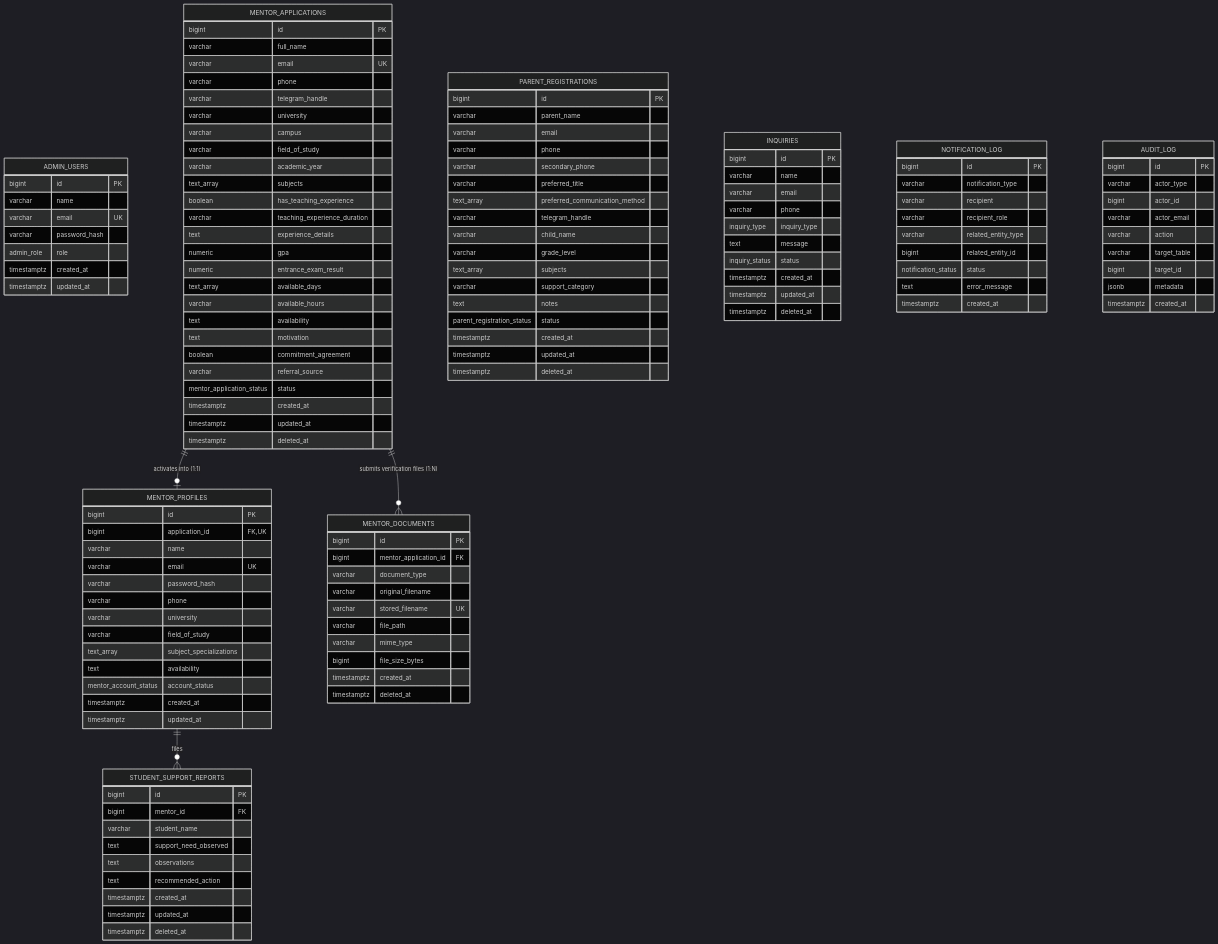
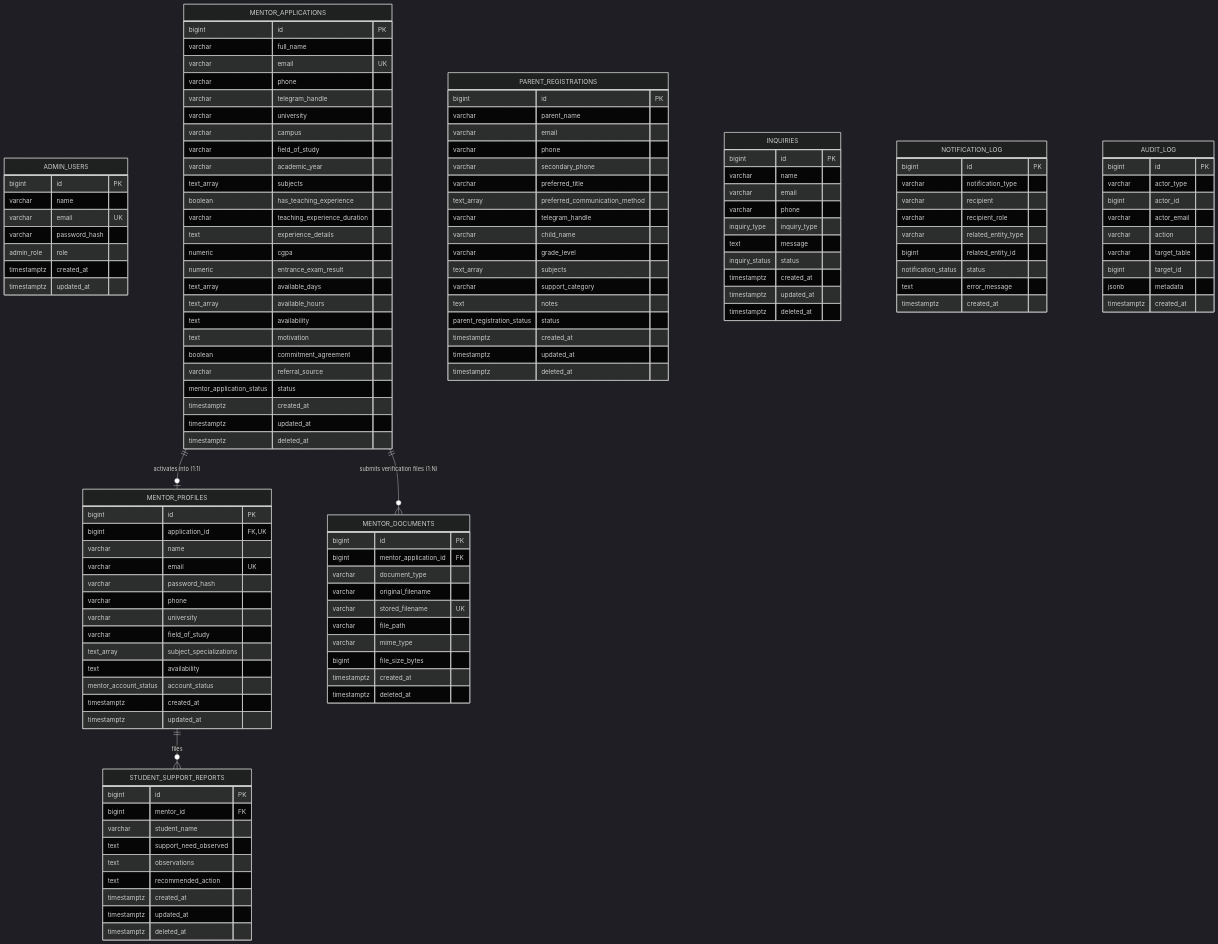
One commit to marakibelete15-a11y/bilunex changed the diagram in docs/database.md. Above: the diagram before and after it, drawn with Mermaid (dark theme). The commit also changed other lines of this file and 15 other files, not shown here.

```diff
--- a/docs/database.md
+++ b/docs/database.md
@@ -32,10 +32,10 @@
         boolean has_teaching_experience
         varchar teaching_experience_duration
         text experience_details
-        numeric gpa
+        numeric cgpa
         numeric entrance_exam_result
         text_array available_days
-        varchar available_hours
+        text_array available_hours
         text availability
         text motivation
         boolean commitment_agreement
```
